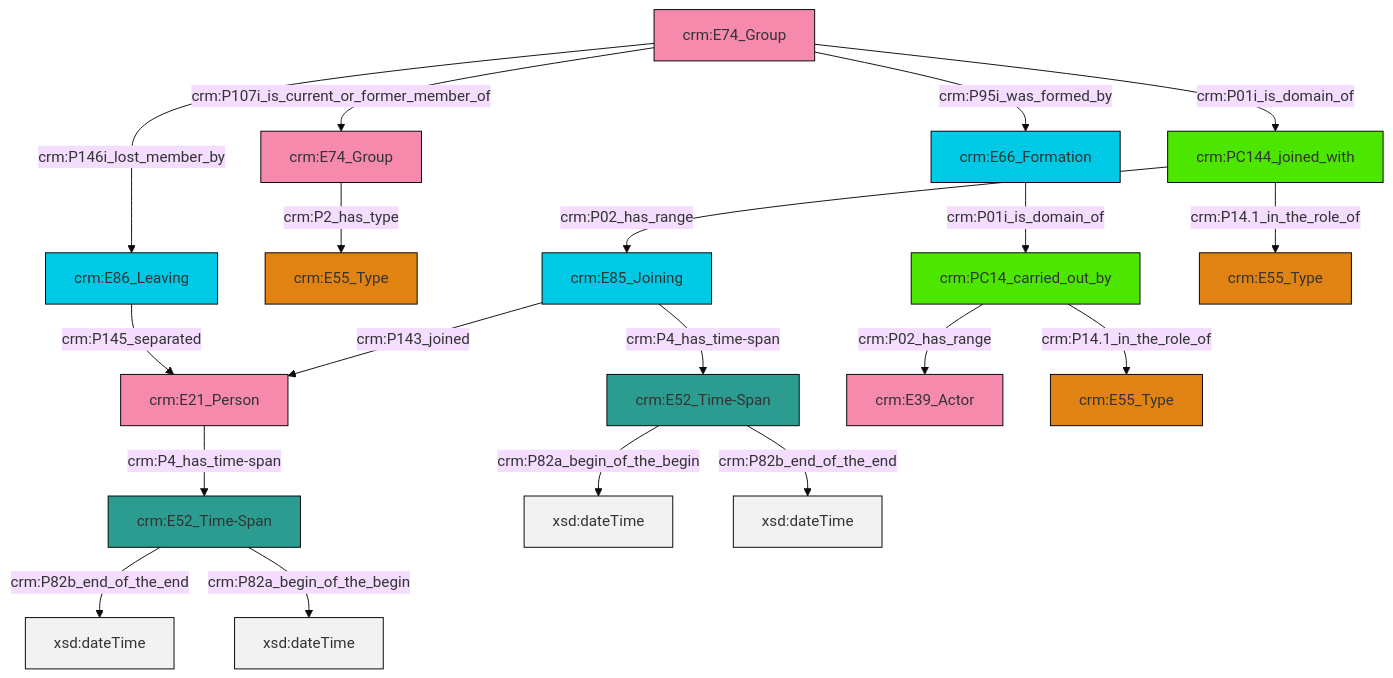
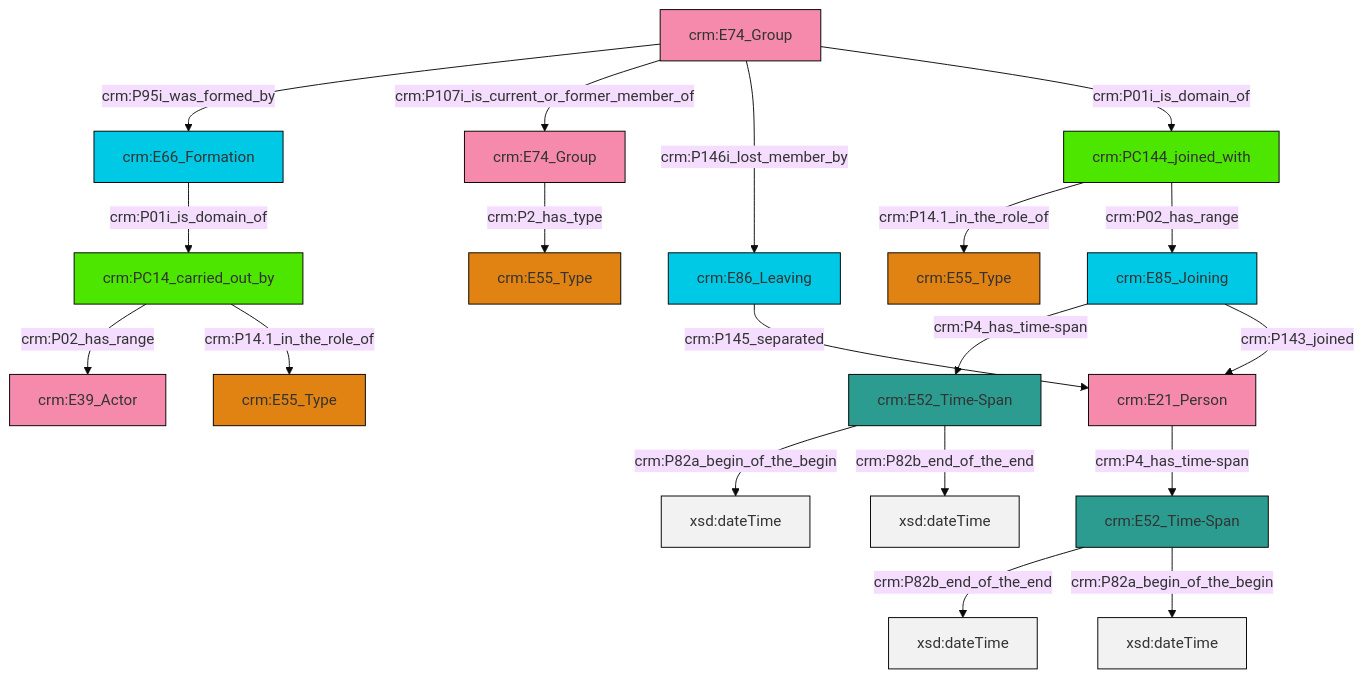
Before and after one commit to swiss-art-research-net/reference-data-models: the diagram in et/groupCSV/ttl/mmd/group_actor_relations.ttl.mmd, drawn with Mermaid (base theme). The commit also changed 128 other files, not shown here.

```diff
--- a/et/groupCSV/ttl/mmd/group_actor_relations.ttl.mmd
+++ b/et/groupCSV/ttl/mmd/group_actor_relations.ttl.mmd
@@ -1,33 +1,33 @@
 graph TD
 classDef Literal fill:#f2f2f2,stroke:#000000;
 classDef CRM_Entity fill:#FFFFFF,stroke:#000000;
 classDef Temporal_Entity fill:#00C9E6, stroke:#000000;
 classDef Type fill:#E18312, stroke:#000000;
 classDef Time-Span fill:#2C9C91, stroke:#000000;
 classDef Appellation fill:#FFEB7F, stroke:#000000;
 classDef Place fill:#008836, stroke:#000000;
 classDef Persistent_Item fill:#B266B2, stroke:#000000;
 classDef Conceptual_Object fill:#FFD700, stroke:#000000;
 classDef Physical_Thing fill:#D2B48C, stroke:#000000;
 classDef Actor fill:#f58aad, stroke:#000000;
 classDef PC_Classes fill:#4ce600, stroke:#000000;
 classDef Multi fill:#cccccc,stroke:#000000;
 
-2["crm:E66_Formation"]:::Temporal_Entity -->|crm:P01i_is_domain_of| 3["crm:PC14_carried_out_by"]:::PC_Classes
-6["crm:E74_Group"]:::Actor -->|crm:P146i_lost_member_by| 7["crm:E86_Leaving"]:::Temporal_Entity
-7["crm:E86_Leaving"]:::Temporal_Entity -->|crm:P145_separated| 8["crm:E21_Person"]:::Actor
-9["crm:E74_Group"]:::Actor -->|crm:P2_has_type| 4["crm:E55_Type"]:::Type
-0["crm:E52_Time-Span"]:::Time-Span -->|crm:P82b_end_of_the_end| 10[xsd:dateTime]:::Literal
-11["crm:E52_Time-Span"]:::Time-Span -->|crm:P82a_begin_of_the_begin| 12[xsd:dateTime]:::Literal
-13["crm:E85_Joining"]:::Temporal_Entity -->|crm:P143_joined| 8["crm:E21_Person"]:::Actor
-11["crm:E52_Time-Span"]:::Time-Span -->|crm:P82b_end_of_the_end| 17[xsd:dateTime]:::Literal
-6["crm:E74_Group"]:::Actor -->|crm:P107i_is_current_or_former_member_of| 9["crm:E74_Group"]:::Actor
-6["crm:E74_Group"]:::Actor -->|crm:P95i_was_formed_by| 2["crm:E66_Formation"]:::Temporal_Entity
-8["crm:E21_Person"]:::Actor -->|crm:P4_has_time-span| 0["crm:E52_Time-Span"]:::Time-Span
-3["crm:PC14_carried_out_by"]:::PC_Classes -->|crm:P14.1_in_the_role_of| 23["crm:E55_Type"]:::Type
-15["crm:PC144_joined_with"]:::PC_Classes -->|crm:P14.1_in_the_role_of| 24["crm:E55_Type"]:::Type
-0["crm:E52_Time-Span"]:::Time-Span -->|crm:P82a_begin_of_the_begin| 25[xsd:dateTime]:::Literal
-3["crm:PC14_carried_out_by"]:::PC_Classes -->|crm:P02_has_range| 21["crm:E39_Actor"]:::Actor
-15["crm:PC144_joined_with"]:::PC_Classes -->|crm:P02_has_range| 13["crm:E85_Joining"]:::Temporal_Entity
-13["crm:E85_Joining"]:::Temporal_Entity -->|crm:P4_has_time-span| 11["crm:E52_Time-Span"]:::Time-Span
-6["crm:E74_Group"]:::Actor -->|crm:P01i_is_domain_of| 15["crm:PC144_joined_with"]:::PC_Classes
+0["crm:PC144_joined_with"]:::PC_Classes -->|crm:P14.1_in_the_role_of| 1["crm:E55_Type"]:::Type
+2["crm:E52_Time-Span"]:::Time-Span -->|crm:P82a_begin_of_the_begin| 4[xsd:dateTime]:::Literal
+5["crm:E52_Time-Span"]:::Time-Span -->|crm:P82b_end_of_the_end| 6[xsd:dateTime]:::Literal
+7["crm:E74_Group"]:::Actor -->|crm:P2_has_type| 8["crm:E55_Type"]:::Type
+9["crm:E74_Group"]:::Actor -->|crm:P95i_was_formed_by| 10["crm:E66_Formation"]:::Temporal_Entity
+9["crm:E74_Group"]:::Actor -->|crm:P107i_is_current_or_former_member_of| 7["crm:E74_Group"]:::Actor
+9["crm:E74_Group"]:::Actor -->|crm:P146i_lost_member_by| 13["crm:E86_Leaving"]:::Temporal_Entity
+13["crm:E86_Leaving"]:::Temporal_Entity -->|crm:P145_separated| 17["crm:E21_Person"]:::Actor
+18["crm:PC14_carried_out_by"]:::PC_Classes -->|crm:P02_has_range| 19["crm:E39_Actor"]:::Actor
+21["crm:E85_Joining"]:::Temporal_Entity -->|crm:P4_has_time-span| 2["crm:E52_Time-Span"]:::Time-Span
+10["crm:E66_Formation"]:::Temporal_Entity -->|crm:P01i_is_domain_of| 18["crm:PC14_carried_out_by"]:::PC_Classes
+21["crm:E85_Joining"]:::Temporal_Entity -->|crm:P143_joined| 17["crm:E21_Person"]:::Actor
+2["crm:E52_Time-Span"]:::Time-Span -->|crm:P82b_end_of_the_end| 25[xsd:dateTime]:::Literal
+9["crm:E74_Group"]:::Actor -->|crm:P01i_is_domain_of| 0["crm:PC144_joined_with"]:::PC_Classes
+5["crm:E52_Time-Span"]:::Time-Span -->|crm:P82a_begin_of_the_begin| 27[xsd:dateTime]:::Literal
+17["crm:E21_Person"]:::Actor -->|crm:P4_has_time-span| 5["crm:E52_Time-Span"]:::Time-Span
+0["crm:PC144_joined_with"]:::PC_Classes -->|crm:P02_has_range| 21["crm:E85_Joining"]:::Temporal_Entity
+18["crm:PC14_carried_out_by"]:::PC_Classes -->|crm:P14.1_in_the_role_of| 11["crm:E55_Type"]:::Type
```
